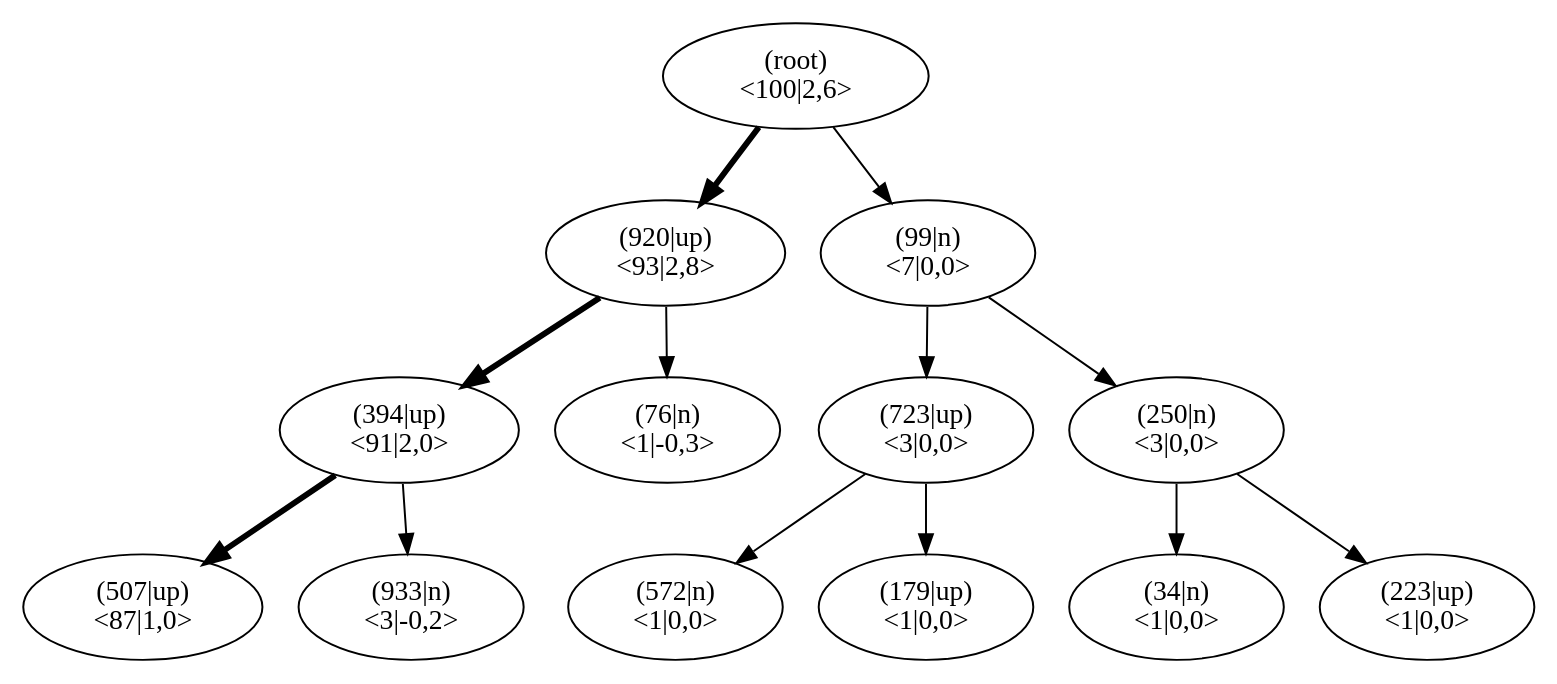
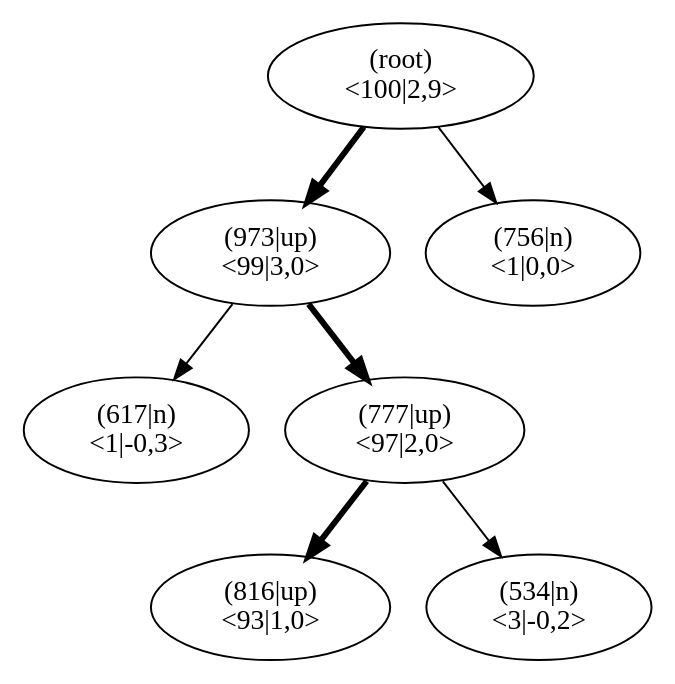
The diagram in pictures/ch13/jumper_test_mcts.dot (JonasHellgren/relexp-java), drawn with Graphviz before and after one commit. The commit also changed 22 other files, not shown here.

```diff
--- a/pictures/ch13/jumper_test_mcts.dot
+++ b/pictures/ch13/jumper_test_mcts.dot
@@ -1,41 +1,23 @@
 digraph MCTS {
 node [shape=ellipse];
 Nroot [label="(root)
-<100|2,6>"];
-Nroot -> N920[penwidth=3];
-N920 [label="(920|up)
-<93|2,8>"];
-N920 -> N394[penwidth=3];
-N394 [label="(394|up)
-<91|2,0>"];
-N394 -> N507[penwidth=3];
-N507 [label="(507|up)
-<87|1,0>"];
-N394 -> N933[penwidth=1];
-N933 [label="(933|n)
+<100|2,9>"];
+Nroot -> N973[penwidth=3];
+N973 [label="(973|up)
+<99|3,0>"];
+N973 -> N617[penwidth=1];
+N617 [label="(617|n)
+<1|-0,3>"];
+N973 -> N777[penwidth=3];
+N777 [label="(777|up)
+<97|2,0>"];
+N777 -> N816[penwidth=3];
+N816 [label="(816|up)
+<93|1,0>"];
+N777 -> N534[penwidth=1];
+N534 [label="(534|n)
 <3|-0,2>"];
-N920 -> N76[penwidth=1];
-N76 [label="(76|n)
-<1|-0,3>"];
-Nroot -> N99[penwidth=1];
-N99 [label="(99|n)
-<7|0,0>"];
-N99 -> N723[penwidth=1];
-N723 [label="(723|up)
-<3|0,0>"];
-N723 -> N572[penwidth=1];
-N572 [label="(572|n)
-<1|0,0>"];
-N723 -> N179[penwidth=1];
-N179 [label="(179|up)
-<1|0,0>"];
-N99 -> N250[penwidth=1];
-N250 [label="(250|n)
-<3|0,0>"];
-N250 -> N34[penwidth=1];
-N34 [label="(34|n)
-<1|0,0>"];
-N250 -> N223[penwidth=1];
-N223 [label="(223|up)
+Nroot -> N756[penwidth=1];
+N756 [label="(756|n)
 <1|0,0>"];
 }
```
